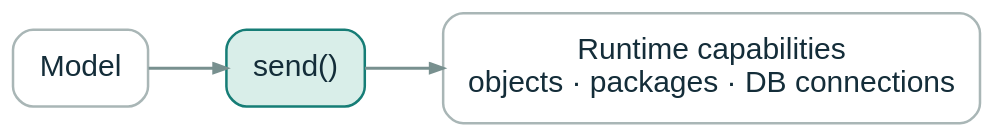
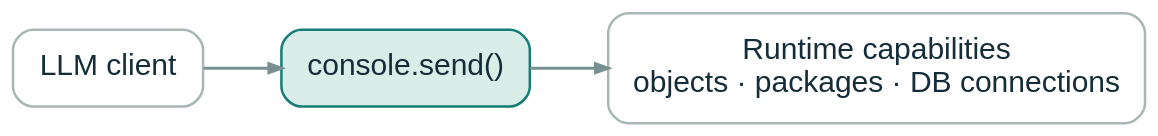
The diagram in diagrams/surface.dot (t-kalinowski/mcp-console-talk), drawn with Graphviz before and after one commit. The commit also changed 82 other files, not shown here.

```diff
--- a/diagrams/surface.dot
+++ b/diagrams/surface.dot
@@ -1,11 +1,11 @@
 digraph G {
  graph [rankdir=LR, bgcolor="transparent", pad="0.2", nodesep="0.45", ranksep="0.65", fontname="Arial", fontsize=18, fontcolor="#263d46"];
  node [shape=box, style="rounded,filled", fillcolor="#ffffff", color="#a9b6b6", penwidth=1.5, fontname="Arial", fontsize=18, fontcolor="#142d39", margin="0.22,0.18"];
  edge [color="#78908f", penwidth=1.8, arrowsize=0.75, fontname="Arial", fontsize=14, fontcolor="#536b72"];
 
-model [label="Model"];
-send [label="send()", fillcolor="#d9eee9", color="#167d76"];
+model [label="LLM client"];
+send [label="console.send()", fillcolor="#d9eee9", color="#167d76"];
 runtime [label="Runtime capabilities\nobjects · packages · DB connections"];
 model -> send -> runtime;
 
 }
```
